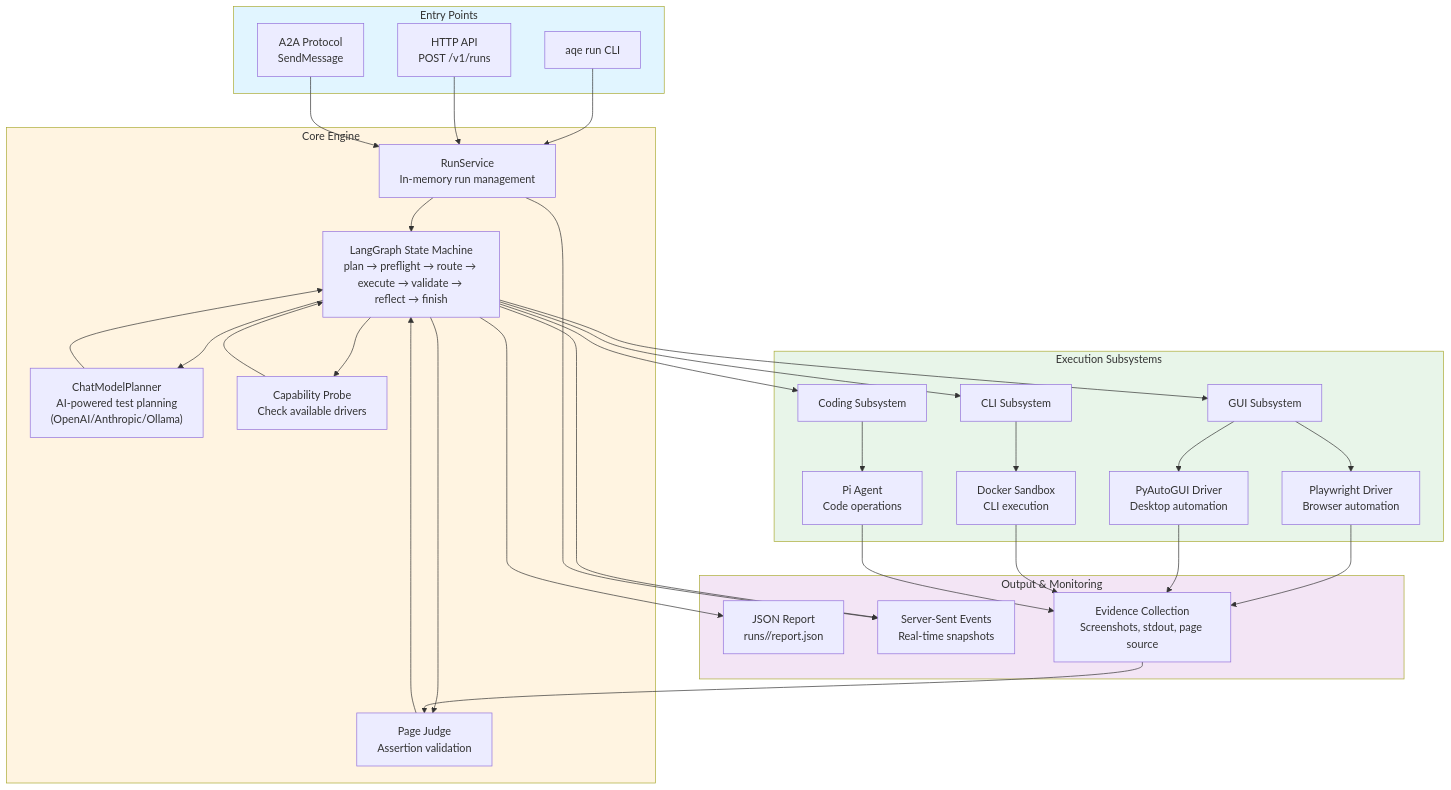
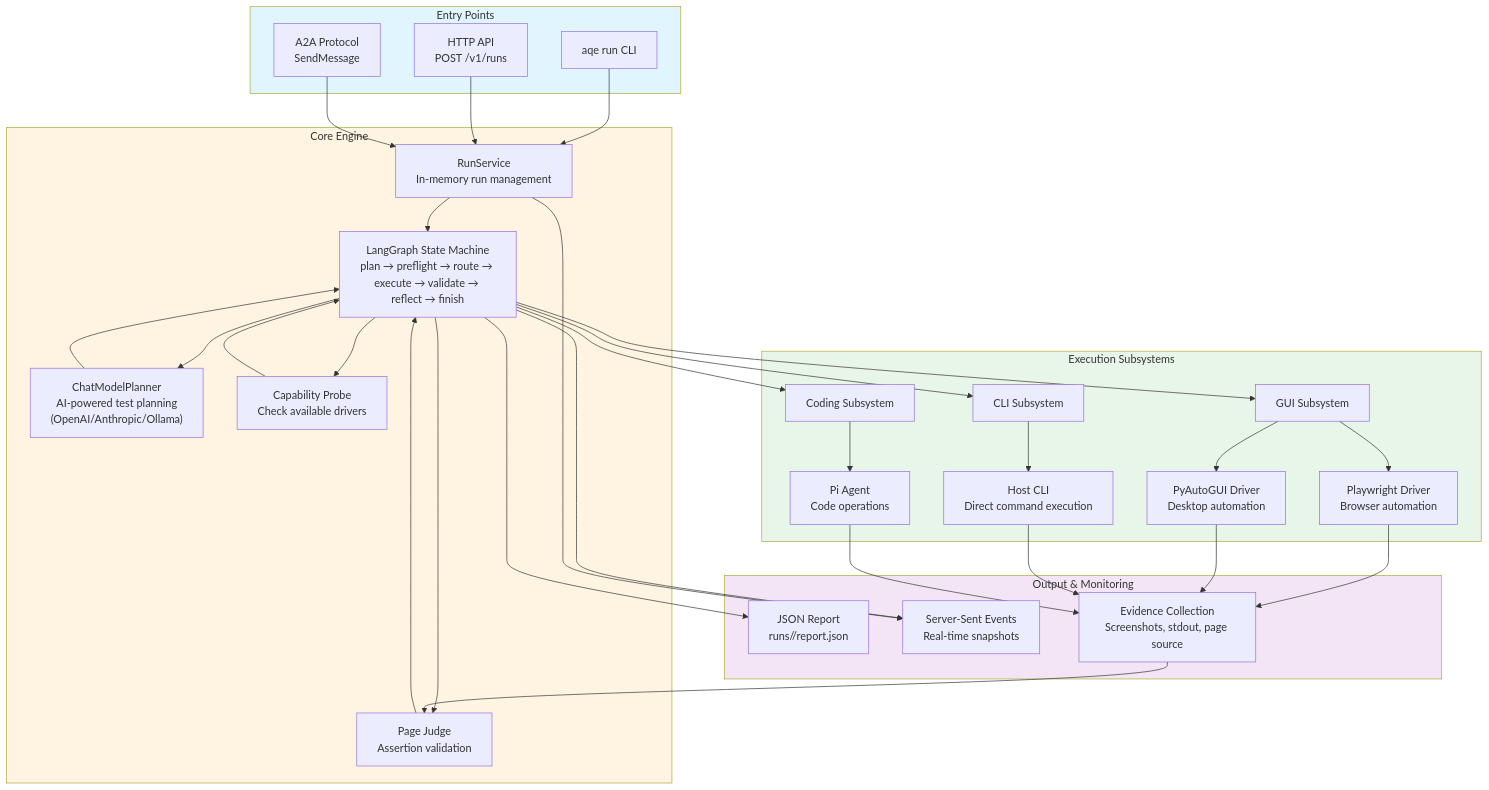
The first of 2 diagrams in README.md (viethoangdinh0926/qa-engineer), drawn with Mermaid before and after one commit. The commit also changed other lines of this file and 26 other files, not shown here.

````diff
--- a/README.md
+++ b/README.md
@@ -7,70 +7,70 @@
 ```mermaid
 graph TB
     subgraph Entry_Points["Entry Points"]
         CLI["aqe run CLI"]
         HTTP["HTTP API<br/>POST /v1/runs"]
         A2A["A2A Protocol<br/>SendMessage"]
     end
 
     subgraph Core_Engine["Core Engine"]
         RunService["RunService<br/>In-memory run management"]
         LangGraph["LangGraph State Machine<br/>plan → preflight → route → execute → validate → reflect → finish"]
         Planner["ChatModelPlanner<br/>AI-powered test planning<br/>(OpenAI/Anthropic/Ollama)"]
         Capability["Capability Probe<br/>Check available drivers"]
         Judge["Page Judge<br/>Assertion validation"]
     end
 
     subgraph Execution["Execution Subsystems"]
         GUISub["GUI Subsystem"]
         CLISub["CLI Subsystem"]
         CodingSub["Coding Subsystem"]
         Playwright["Playwright Driver<br/>Browser automation"]
         Desktop["PyAutoGUI Driver<br/>Desktop automation"]
-        Sandbox["Docker Sandbox<br/>CLI execution"]
+        HostCLI["Host CLI<br/>Direct command execution"]
         PiAgent["Pi Agent<br/>Code operations"]
     end
 
     subgraph Output["Output & Monitoring"]
         Report["JSON Report<br/>runs/<id>/report.json"]
         SSE["Server-Sent Events<br/>Real-time snapshots"]
         Evidence["Evidence Collection<br/>Screenshots, stdout, page source"]
     end
 
     CLI --> RunService
     HTTP --> RunService
     A2A --> RunService
 
     RunService --> LangGraph
     LangGraph --> Planner
     LangGraph --> Capability
     LangGraph --> Judge
 
     Planner --> LangGraph
     Capability --> LangGraph
 
     LangGraph --> GUISub
     LangGraph --> CLISub
     LangGraph --> CodingSub
 
     GUISub --> Playwright
     GUISub --> Desktop
-    CLISub --> Sandbox
+    CLISub --> HostCLI
     CodingSub --> PiAgent
 
     Playwright --> Evidence
     Desktop --> Evidence
-    Sandbox --> Evidence
+    HostCLI --> Evidence
     PiAgent --> Evidence
 
     Evidence --> Judge
     Judge --> LangGraph
 
     LangGraph --> Report
     LangGraph --> SSE
     RunService --> SSE
 
     style Entry_Points fill:#e1f5ff
     style Core_Engine fill:#fff4e1
     style Execution fill:#e8f5e9
     style Output fill:#f3e5f5
 ```
````
